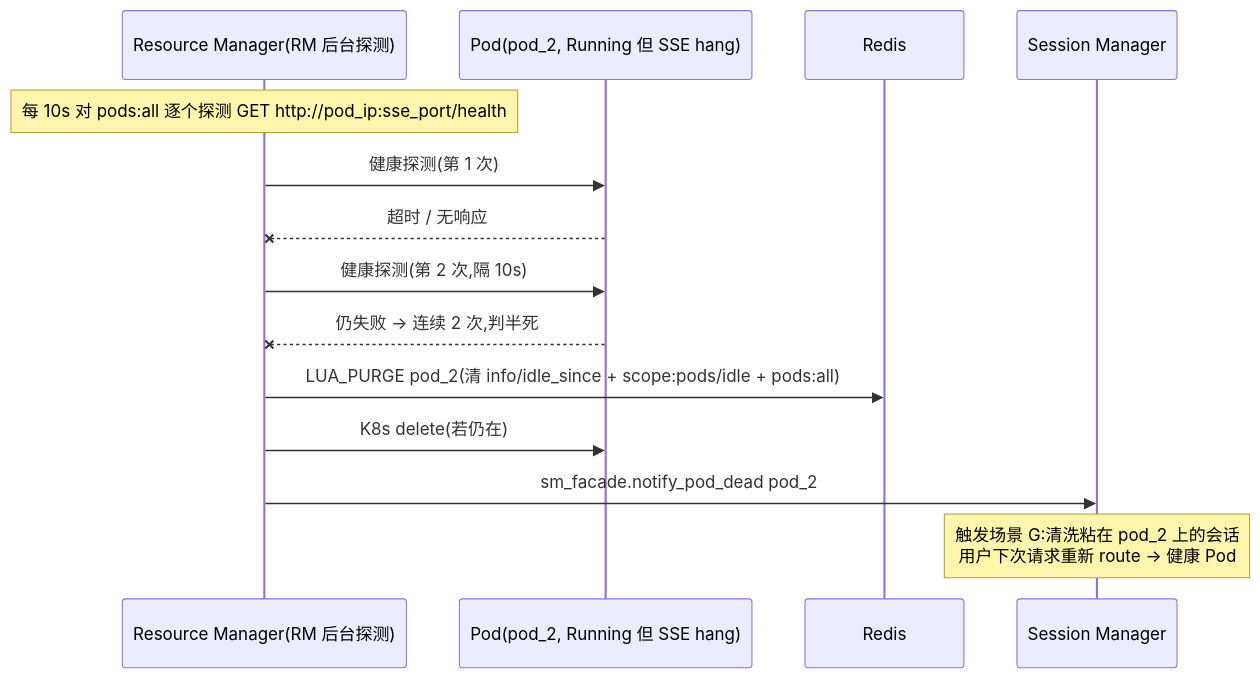
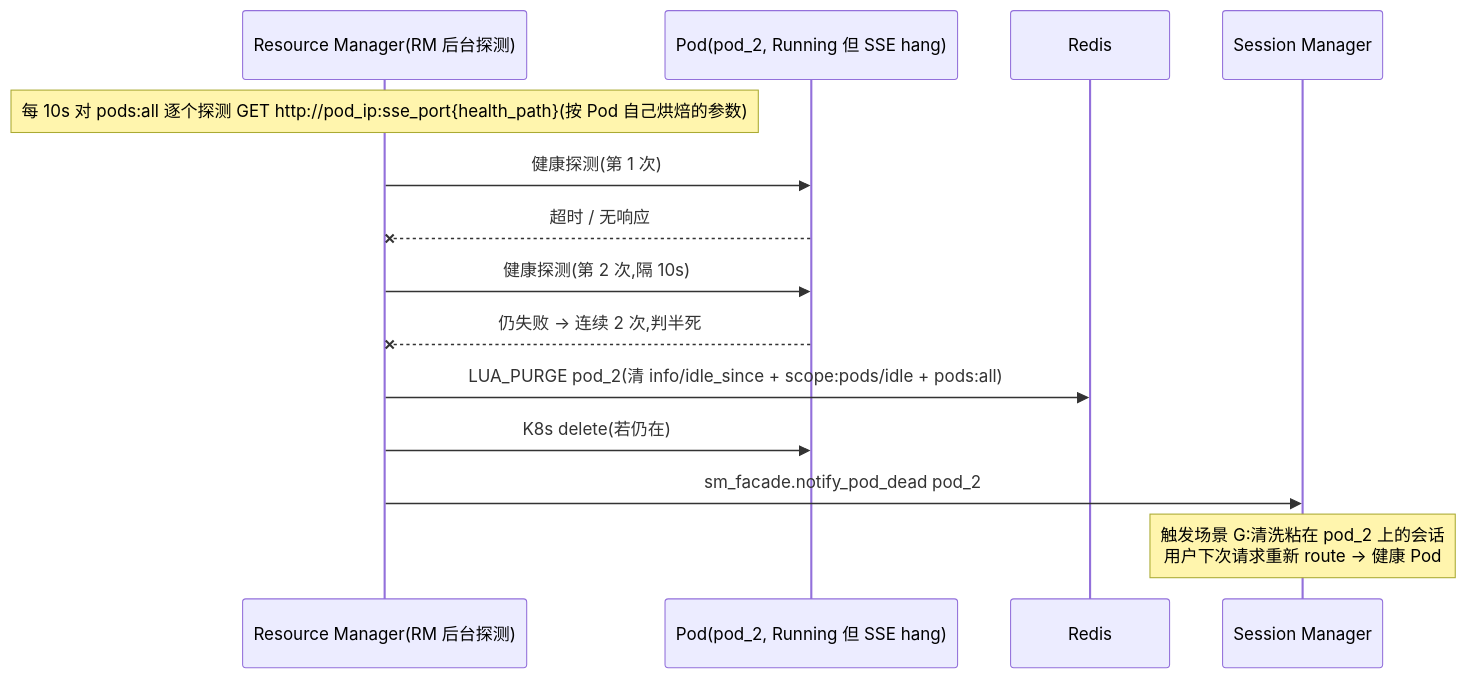
One commit to openJiuwen-ai/agent-runtime changed diagram 21 of 21 in applications/agent_runtime/docs/design/Agent-Runtime-HLD.md. Above: the diagram before and after it, drawn with Mermaid. The commit also changed other lines of this file and 23 other files, not shown here.

````diff
--- a/applications/agent_runtime/docs/design/Agent-Runtime-HLD.md
+++ b/applications/agent_runtime/docs/design/Agent-Runtime-HLD.md
@@ -943,16 +943,16 @@
 ```mermaid
 sequenceDiagram
     participant RM as Resource Manager(RM 后台探测)
     participant Pod2 as Pod(pod_2, Running 但 SSE hang)
     participant R as Redis
     participant SM as Session Manager
-    Note over RM: 每 10s 对 pods:all 逐个探测 GET http://pod_ip:sse_port/health
+    Note over RM: 每 10s 对 pods:all 逐个探测 GET http://pod_ip:sse_port{health_path}(按 Pod 自己烘焙的参数)
     RM->>Pod2: 健康探测(第 1 次)
     Pod2--xRM: 超时 / 无响应
     RM->>Pod2: 健康探测(第 2 次,隔 10s)
     Pod2--xRM: 仍失败 → 连续 2 次,判半死
     RM->>R: LUA_PURGE pod_2(清 info/idle_since + scope:pods/idle + pods:all)
     RM->>Pod2: K8s delete(若仍在)
     RM->>SM: sm_facade.notify_pod_dead pod_2
     Note over SM: 触发场景 G:清洗粘在 pod_2 上的会话<br/>用户下次请求重新 route → 健康 Pod
 ```
````
